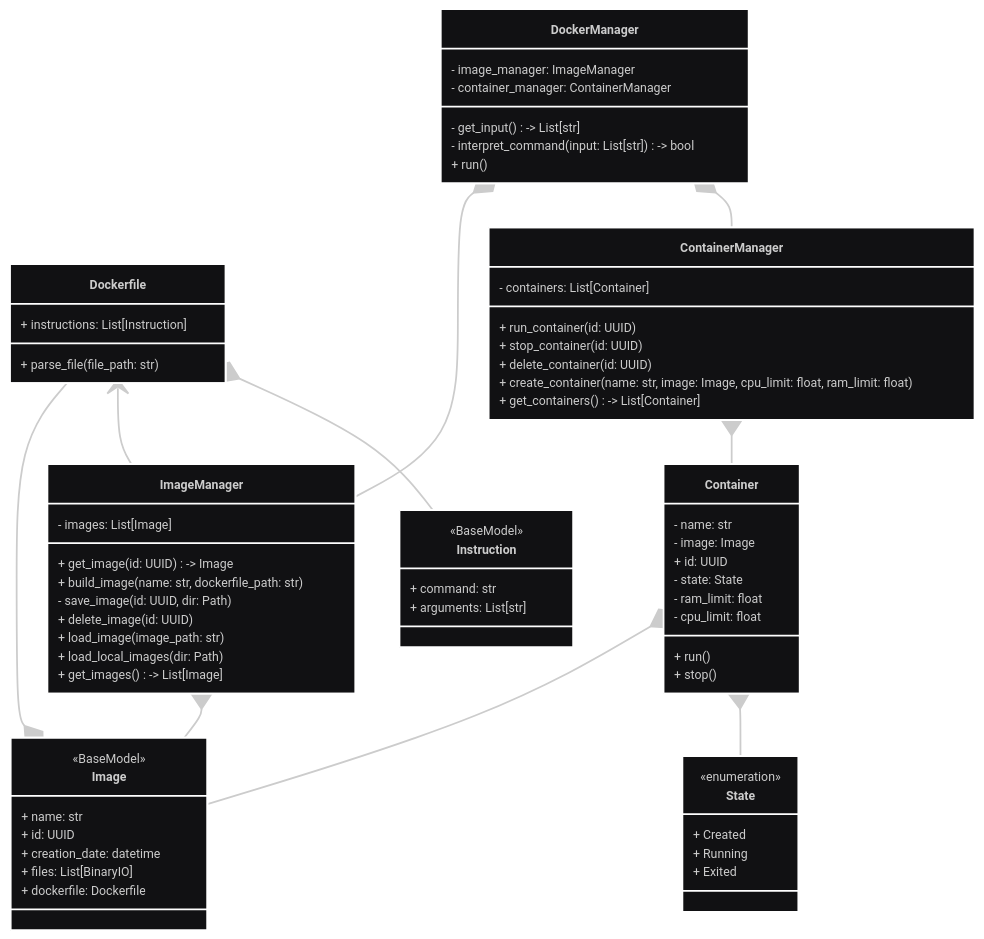
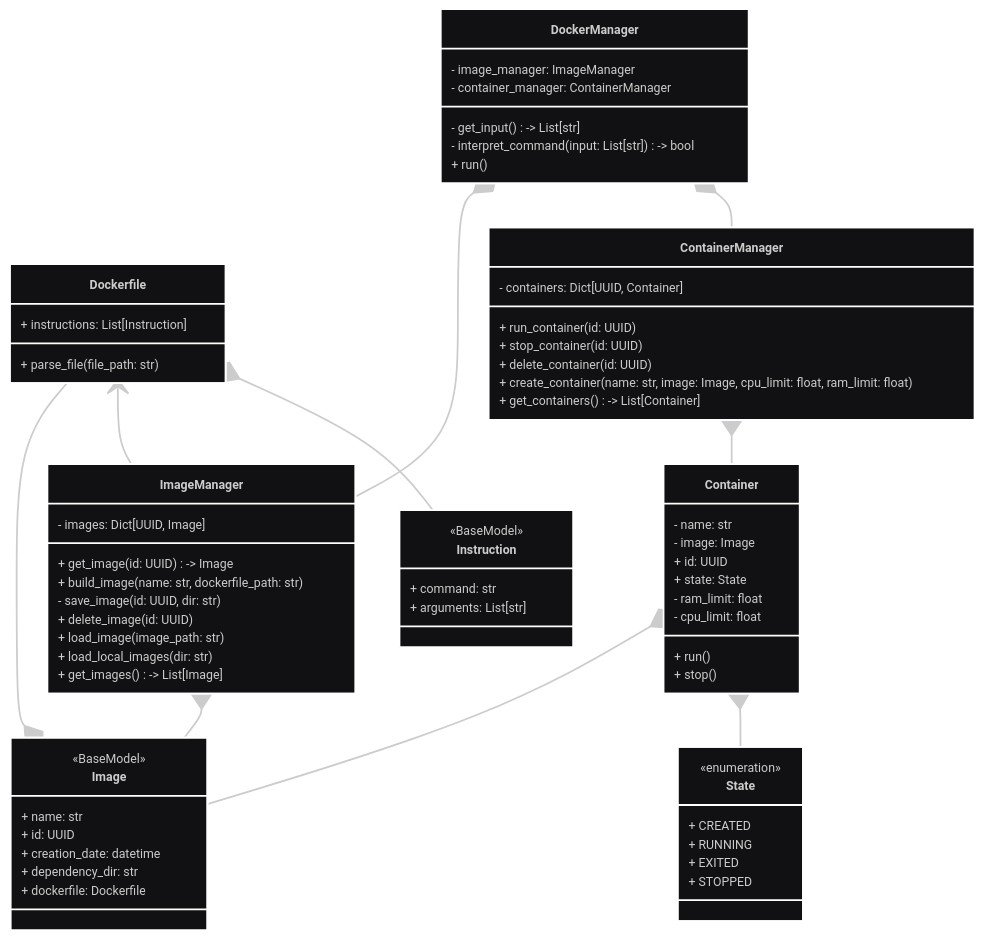
One commit to alonshuld/docker_poc changed the diagram in UML.mmd. Above: the diagram before and after it, drawn with Mermaid. The commit also changed 1 other file, not shown here.

Commit message:
Updated UML

```diff
--- a/UML.mmd
+++ b/UML.mmd
@@ -1,74 +1,75 @@
 ---
 config:
   theme: redux-dark
 ---
 classDiagram
 direction TB
     class Instruction {
 		<<BaseModel>>
 	    + command: str
 	    + arguments: List[str]
     }
     class Dockerfile {
 	    + instructions: List[Instruction]
 	    + parse_file(file_path: str)
     }
     class Image {
 		<<BaseModel>>
 	    + name: str
 	    + id: UUID
 	    + creation_date: datetime
-	    + files: List[BinaryIO]
+	    + dependency_dir: str
 		+ dockerfile: Dockerfile
     }
     class ImageManager {
-	    - images: List[Image]
+	    - images: Dict[UUID, Image]
 		+ get_image(id: UUID) -> Image
 	    + build_image(name: str, dockerfile_path: str)
-		- save_image(id: UUID, dir: Path)
+		- save_image(id: UUID, dir: str)
 	    + delete_image(id: UUID)
 	    + load_image(image_path: str)
-	    + load_local_images(dir: Path)
+	    + load_local_images(dir: str)
 	    + get_images() -> List[Image]
     }
     class Container {
 	    - name: str
 	    - image: Image
 	    + id: UUID
-	    - state: State
+	    + state: State
 		- ram_limit: float
 		- cpu_limit: float
 	    + run()
 	    + stop()
     }
     class State {
 		<<enumeration>>
-	    + Created
-	    + Running
-	    + Exited
+	    + CREATED
+	    + RUNNING
+	    + EXITED
+		+ STOPPED
     }
     class ContainerManager {
-	    - containers: List[Container]
+	    - containers: Dict[UUID, Container]
 	    + run_container(id: UUID)
 	    + stop_container(id: UUID)
 	    + delete_container(id: UUID)
 	    + create_container(name: str, image: Image, cpu_limit: float, ram_limit: float)
 	    + get_containers() -> List[Container]
     }
     class DockerManager {
 	    - image_manager: ImageManager
 	    - container_manager: ContainerManager
 	    - get_input() -> List[str]
 	    - interpret_command(input: List[str]) -> bool
 	    + run()
     }
   
     ImageManager *-- Image
     Dockerfile *-- Instruction
     Container *-- State
     Dockerfile <-- ImageManager
 	Image *-- Dockerfile
     Container *-- Image
     ContainerManager *-- Container
     DockerManager *-- ContainerManager
     DockerManager *-- ImageManager
```
